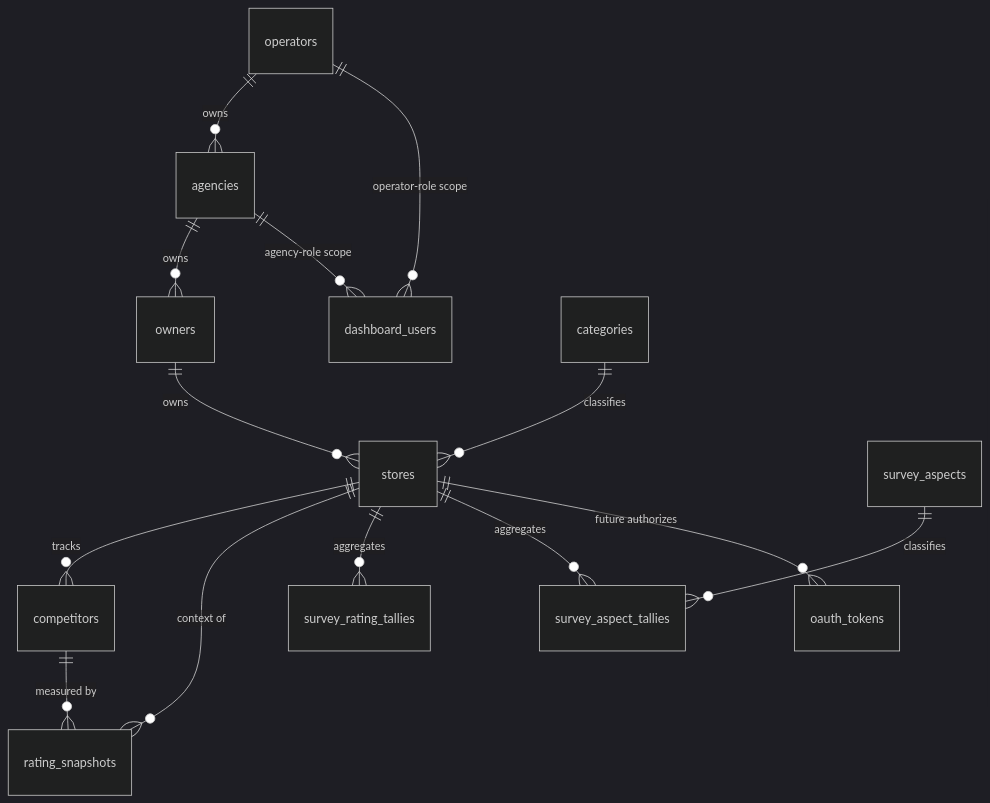
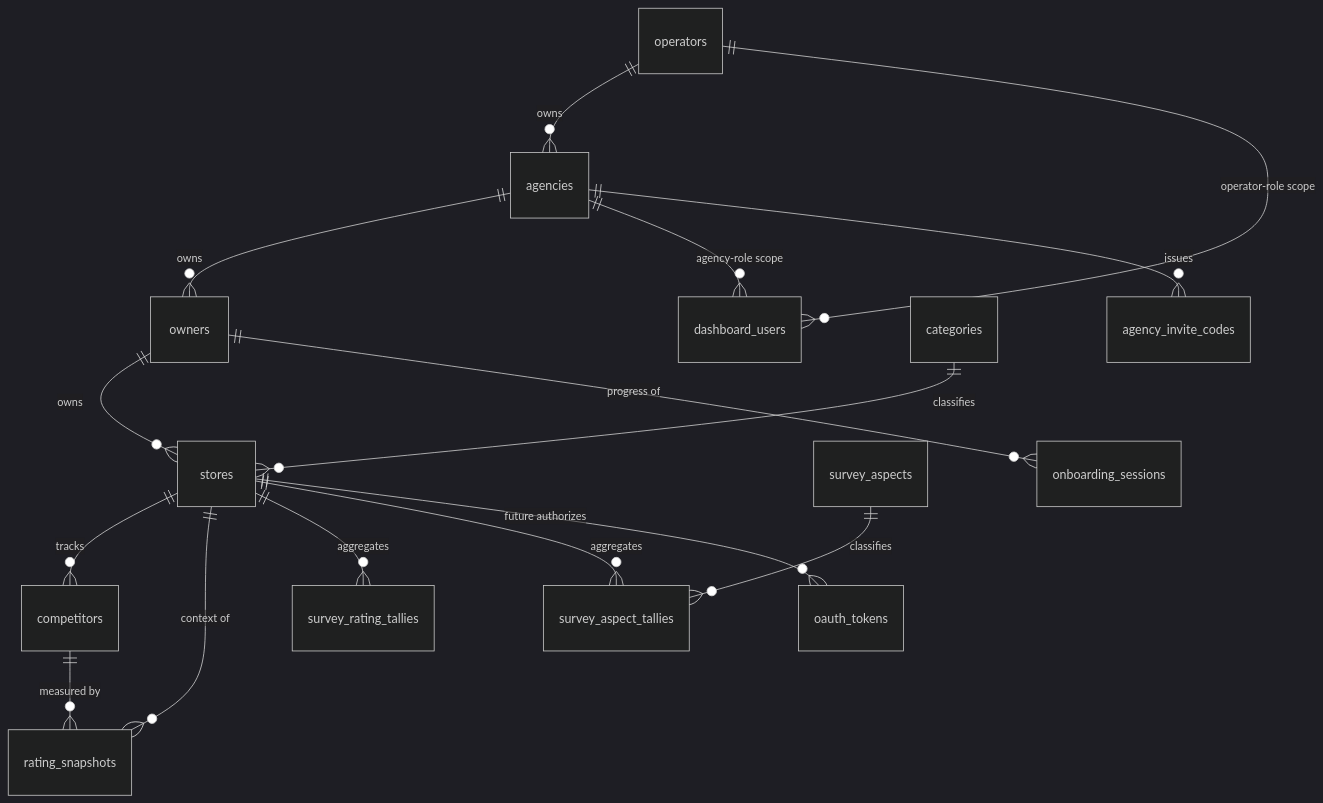
Before and after one commit to ManatoYamashita/fw-line-meo: the diagram in db/ERD.md, drawn with Mermaid (dark theme). The commit also changed other lines of this file and 5 other files, not shown here.

````diff
--- a/db/ERD.md
+++ b/db/ERD.md
@@ -8,16 +8,18 @@
 ```mermaid
 erDiagram
     operators ||--o{ agencies : owns
     agencies ||--o{ owners : owns
     owners ||--o{ stores : owns
     operators ||--o{ dashboard_users : "operator-role scope"
     agencies ||--o{ dashboard_users : "agency-role scope"
     categories ||--o{ stores : classifies
     stores ||--o{ competitors : tracks
     stores ||--o{ rating_snapshots : "context of"
     competitors ||--o{ rating_snapshots : "measured by"
     stores ||--o{ survey_rating_tallies : aggregates
     stores ||--o{ survey_aspect_tallies : aggregates
     survey_aspects ||--o{ survey_aspect_tallies : classifies
     stores ||--o{ oauth_tokens : "future authorizes"
+    agencies ||--o{ agency_invite_codes : issues
+    owners ||--o{ onboarding_sessions : "progress of"
 ```
````
